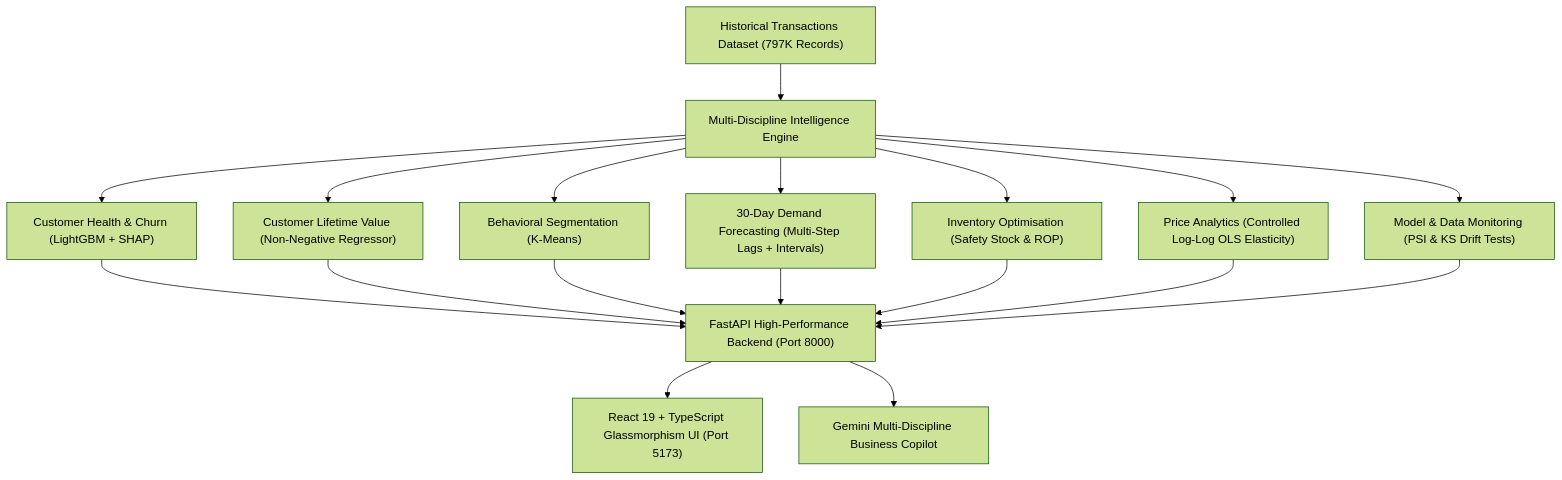
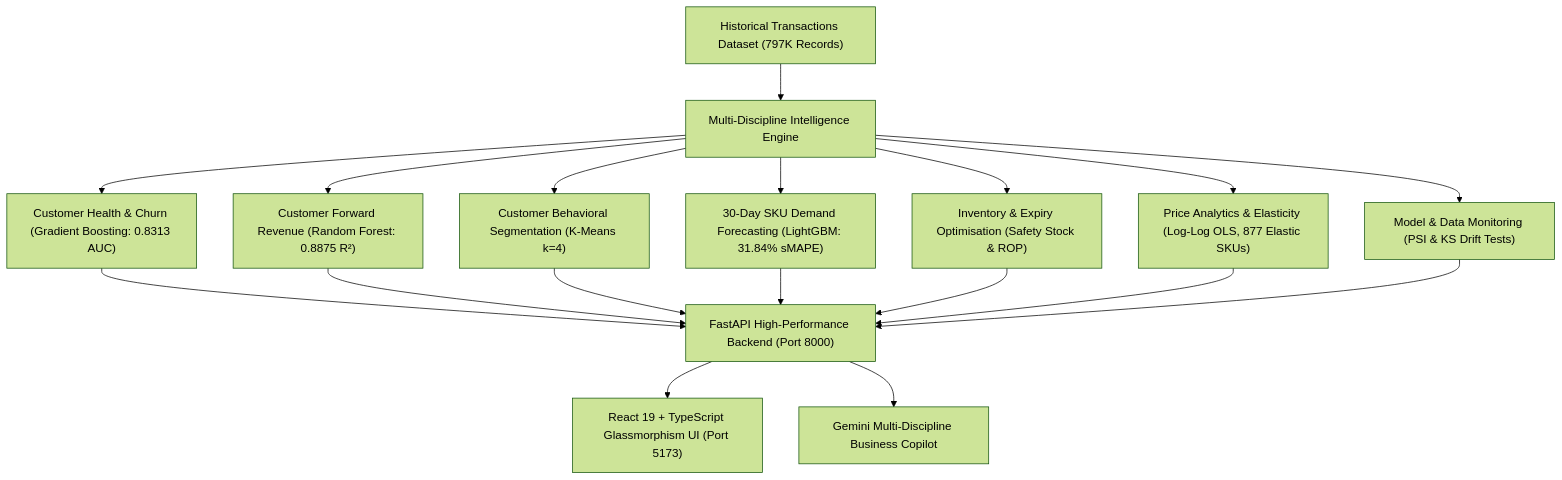
One commit to itsmeakarshan/retail-customer-intelligence-platform changed the diagram in README.md. Above: the diagram before and after it, drawn with Mermaid (forest theme). The commit also changed other lines of this file and 993 other files, not shown here.

````diff
--- a/README.md
+++ b/README.md
@@ -11,16 +11,16 @@
 ```mermaid
 graph TD
     A["Historical Transactions Dataset (797K Records)"] --> B["Multi-Discipline Intelligence Engine"]
     
-    B --> C1["Customer Health & Churn (LightGBM + SHAP)"]
-    B --> C2["Customer Lifetime Value (Non-Negative Regressor)"]
-    B --> C3["Behavioral Segmentation (K-Means)"]
-    B --> C4["30-Day Demand Forecasting (Multi-Step Lags + Intervals)"]
-    B --> C5["Inventory Optimisation (Safety Stock & ROP)"]
-    B --> C6["Price Analytics (Controlled Log-Log OLS Elasticity)"]
+    B --> C1["Customer Health & Churn (Gradient Boosting: 0.8313 AUC)"]
+    B --> C2["Customer Forward Revenue (Random Forest: 0.8875 R²)"]
+    B --> C3["Customer Behavioral Segmentation (K-Means k=4)"]
+    B --> C4["30-Day SKU Demand Forecasting (LightGBM: 31.84% sMAPE)"]
+    B --> C5["Inventory & Expiry Optimisation (Safety Stock & ROP)"]
+    B --> C6["Price Analytics & Elasticity (Log-Log OLS, 877 Elastic SKUs)"]
     B --> C7["Model & Data Monitoring (PSI & KS Drift Tests)"]
     
     C1 & C2 & C3 & C4 & C5 & C6 & C7 --> D["FastAPI High-Performance Backend (Port 8000)"]
     D --> E["React 19 + TypeScript Glassmorphism UI (Port 5173)"]
     D --> F["Gemini Multi-Discipline Business Copilot"]
 ```
````
